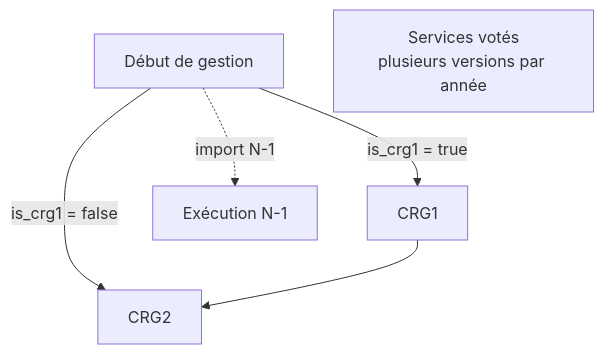
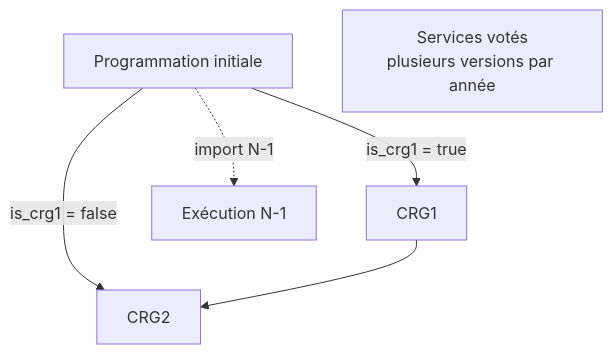
The second of 3 diagrams in docs/feature-avis.md (Budgetlab/anaco), drawn with Mermaid before and after one commit. The commit also changed other lines of this file and 35 other files, not shown here.

First line of the commit message:
refactor: rename "début de gestion" phase to "programmation initiale" across migrations, logic, tests, and views

````diff
--- a/docs/feature-avis.md
+++ b/docs/feature-avis.md
@@ -165,8 +165,8 @@
 ```mermaid
 flowchart TD
-    Debut[Début de gestion] -->|is_crg1 = true| CRG1[CRG1]
+    Debut[Programmation initiale] -->|is_crg1 = true| CRG1[CRG1]
     Debut -->|is_crg1 = false| CRG2[CRG2]
     CRG1 --> CRG2
     Debut -.->|import N-1| Exec[Exécution N-1]
     SV[Services votés<br/>plusieurs versions par année]
 ```
````
